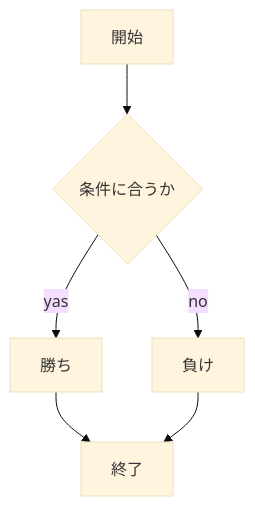
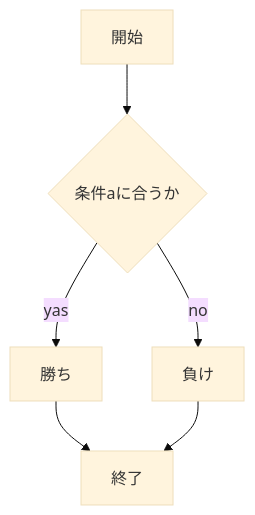
Before and after one commit to shibayuzu/webpro_06: the second of 2 diagrams in README.md, drawn with Mermaid (base theme).

Commit message:
README.mdに追加

````diff
--- a/README.md
+++ b/README.md
@@ -25,15 +25,15 @@
 ```mermaid
 flowchart TD;
 
 start["開始"];
 end1["終了"]
-if{"条件に合うか"}
+if{"条件aに合うか"}
 win["勝ち"]
 loose["負け"]
 
 start --> if
 if -->|yas| win
 win --> end1
 if -->|no| loose
 loose --> end1
 ```
````
